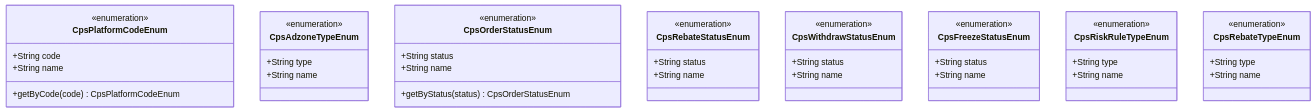
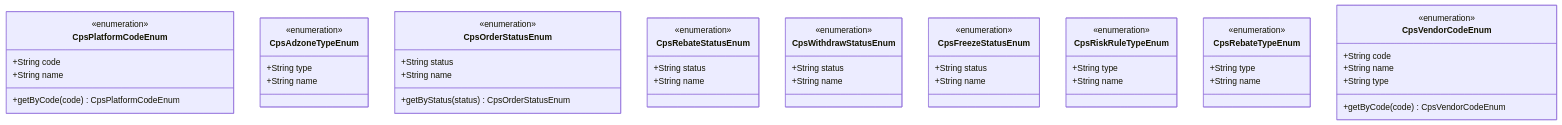
Before and after one commit to zhuangpengLI/AgenticCPS: the second of 15 diagrams in .qoder/repowiki/zh/content/后端服务架构/业务模块概览/CPS业务模块/CPS平台配置管理模块.md, drawn with Mermaid. The commit also changed other lines of this file and 9 other files, not shown here.

````diff
--- a/.qoder/repowiki/zh/content/后端服务架构/业务模块概览/CPS业务模块/CPS平台配置管理模块.md
+++ b/.qoder/repowiki/zh/content/后端服务架构/业务模块概览/CPS业务模块/CPS平台配置管理模块.md
@@ -92,45 +115,52 @@
 ```mermaid
 classDiagram
 class CpsPlatformCodeEnum {
 <<enumeration>>
 +String code
 +String name
 +getByCode(code) CpsPlatformCodeEnum
 }
 class CpsAdzoneTypeEnum {
 <<enumeration>>
 +String type
 +String name
 }
 class CpsOrderStatusEnum {
 <<enumeration>>
 +String status
 +String name
 +getByStatus(status) CpsOrderStatusEnum
 }
 class CpsRebateStatusEnum {
 <<enumeration>>
 +String status
 +String name
 }
 class CpsWithdrawStatusEnum {
 <<enumeration>>
 +String status
 +String name
 }
 class CpsFreezeStatusEnum {
 <<enumeration>>
 +String status
 +String name
 }
 class CpsRiskRuleTypeEnum {
 <<enumeration>>
 +String type
 +String name
 }
 class CpsRebateTypeEnum {
 <<enumeration>>
 +String type
 +String name
 }
+class CpsVendorCodeEnum {
+<<enumeration>>
++String code
++String name
++String type
++getByCode(code) CpsVendorCodeEnum
+}
 ```
````
